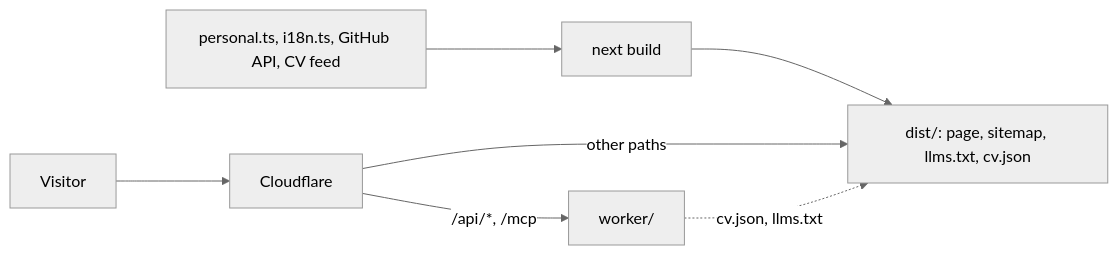
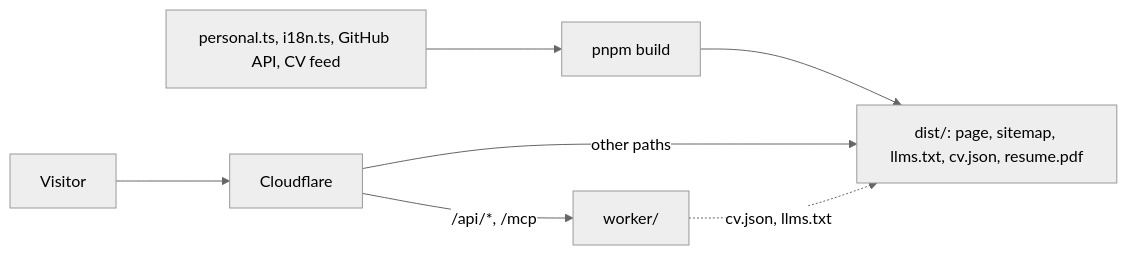
Before and after one commit to pavstev/website: the diagram in README.md, drawn with Mermaid (neutral theme). The commit also changed other lines of this file and 48 other files, not shown here.

First line of the commit message:
feat: the résumé PDF and the industry popovers from the hirista feed, and the Ask panel

````diff
--- a/README.md
+++ b/README.md
@@ -22,8 +23,8 @@
 ```mermaid
 flowchart LR
-  data["personal.ts, i18n.ts, GitHub API, CV feed"] --> build["next build"] --> dist["dist/: page, sitemap, llms.txt, cv.json"]
+  data["personal.ts, i18n.ts, GitHub API, CV feed"] --> build["pnpm build"] --> dist["dist/: page, sitemap, llms.txt, cv.json, resume.pdf"]
   visitor["Visitor"] --> cf["Cloudflare"]
   cf -- "other paths" --> dist
   cf -- "/api/*, /mcp" --> worker["worker/"]
   worker -. "cv.json, llms.txt" .-> dist
 ```
````
